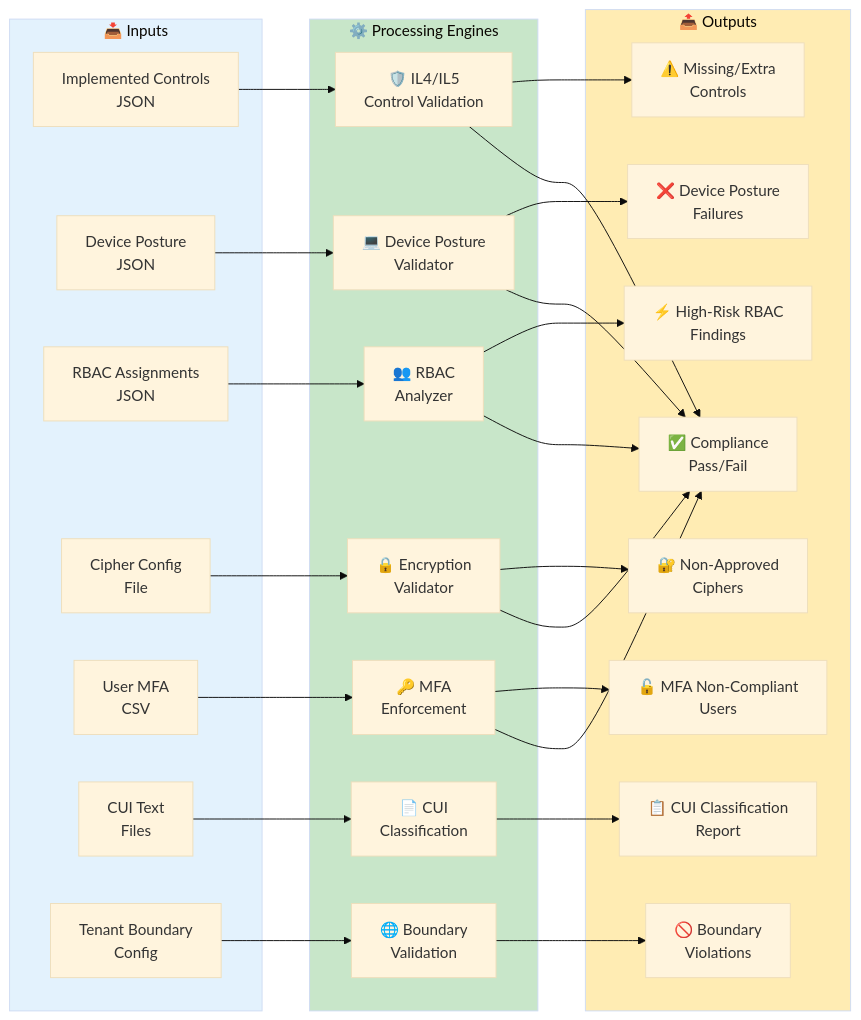
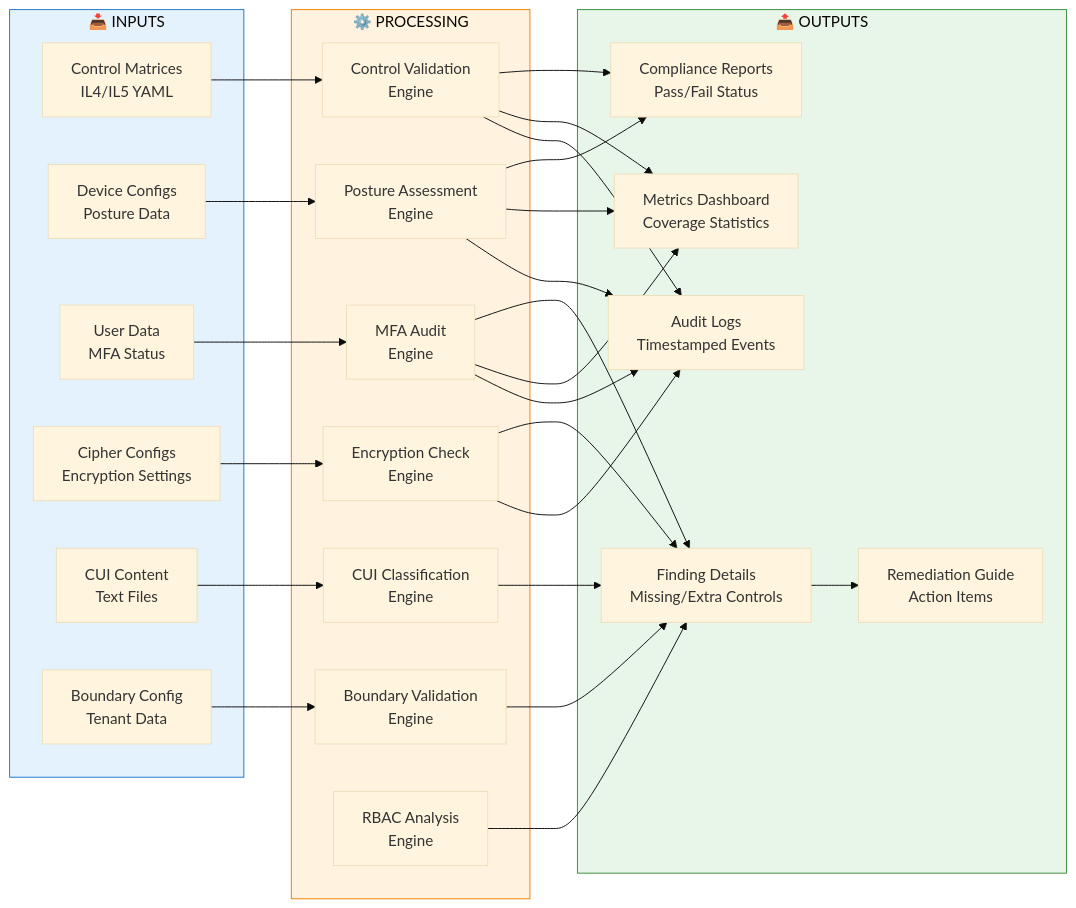
Before and after one commit to Suren-Jewels/Scripts-Toolkit: the second of 4 diagrams in security-compliance/il4-il5/README.md, drawn with Mermaid (base theme). The commit also changed other lines of this file, not shown here.

````diff
--- a/security-compliance/il4-il5/README.md
+++ b/security-compliance/il4-il5/README.md
@@ -111,47 +106,59 @@
 ```mermaid
 flowchart LR
-    subgraph INPUTS["📥 Inputs"]
-        I1[Implemented Controls<br/>JSON]
-        I2[Device Posture<br/>JSON]
-        I3[RBAC Assignments<br/>JSON]
-        I4[Cipher Config<br/>File]
-        I5[User MFA<br/>CSV]
-        I6[CUI Text<br/>Files]
-        I7[Tenant Boundary<br/>Config]
+    subgraph INPUTS["📥 INPUTS"]
+        I1[Control Matrices<br/>IL4/IL5 YAML]
+        I2[Device Configs<br/>Posture Data]
+        I3[User Data<br/>MFA Status]
+        I4[Cipher Configs<br/>Encryption Settings]
+        I5[CUI Content<br/>Text Files]
+        I6[Boundary Config<br/>Tenant Data]
     end
-
-    subgraph PROCESSING["⚙️ Processing Engines"]
-        P1[🛡️ IL4/IL5<br/>Control Validation]
-        P2[📄 CUI<br/>Classification]
-        P3[🌐 Boundary<br/>Validation]
-        P4[💻 Device Posture<br/>Validator]
-        P5[🔑 MFA<br/>Enforcement]
-        P6[🔒 Encryption<br/>Validator]
-        P7[👥 RBAC<br/>Analyzer]
+    
+    subgraph PROCESSING["⚙️ PROCESSING"]
+        P1[Control Validation<br/>Engine]
+        P2[Posture Assessment<br/>Engine]
+        P3[CUI Classification<br/>Engine]
+        P4[Boundary Validation<br/>Engine]
+        P5[MFA Audit<br/>Engine]
+        P6[Encryption Check<br/>Engine]
+        P7[RBAC Analysis<br/>Engine]
     end
-
-    subgraph OUTPUTS["📤 Outputs"]
-        O1[✅ Compliance<br/>Pass/Fail]
-        O2[⚠️ Missing/Extra<br/>Controls]
-        O3[📋 CUI Classification<br/>Report]
-        O4[🚫 Boundary<br/>Violations]
-        O5[❌ Device Posture<br/>Failures]
-        O6[🔓 MFA Non‑Compliant<br/>Users]
-        O7[🔐 Non‑Approved<br/>Ciphers]
-        O8[⚡ High‑Risk RBAC<br/>Findings]
+    
+    subgraph OUTPUTS["📤 OUTPUTS"]
+        O1[Compliance Reports<br/>Pass/Fail Status]
+        O2[Finding Details<br/>Missing/Extra Controls]
+        O3[Metrics Dashboard<br/>Coverage Statistics]
+        O4[Audit Logs<br/>Timestamped Events]
+        O5[Remediation Guide<br/>Action Items]
     end
-
-    I1 --> P1 --> O2
-    I6 --> P2 --> O3
-    I7 --> P3 --> O4
-    I2 --> P4 --> O5
-    I5 --> P5 --> O6
-    I4 --> P6 --> O7
-    I3 --> P7 --> O8
-
-    P1 & P4 & P5 & P6 & P7 --> O1
-
-    style INPUTS fill:#E3F2FD
-    style PROCESSING fill:#C8E6C9
-    style OUTPUTS fill:#FFECB3
+    
+    I1 --> P1
+    I2 --> P2
+    I3 --> P5
+    I4 --> P6
+    I5 --> P3
+    I6 --> P4
+    
+    P1 --> O1
+    P2 --> O1
+    P3 --> O2
+    P4 --> O2
+    P5 --> O2
+    P6 --> O2
+    P7 --> O2
+    
+    P1 --> O3
+    P2 --> O3
+    P5 --> O3
+    
+    P1 --> O4
+    P2 --> O4
+    P5 --> O4
+    P6 --> O4
+    
+    O2 --> O5
+    
+    style INPUTS fill:#E3F2FD,stroke:#1976D2
+    style PROCESSING fill:#FFF3E0,stroke:#F57C00
+    style OUTPUTS fill:#E8F5E9,stroke:#388E3C
 ```
````
